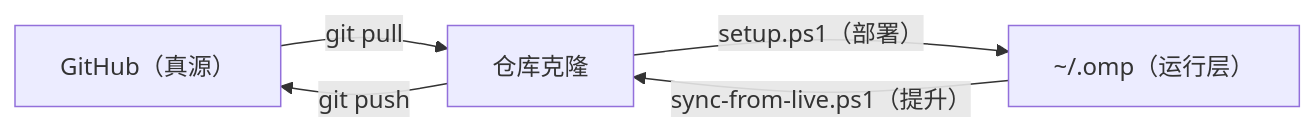
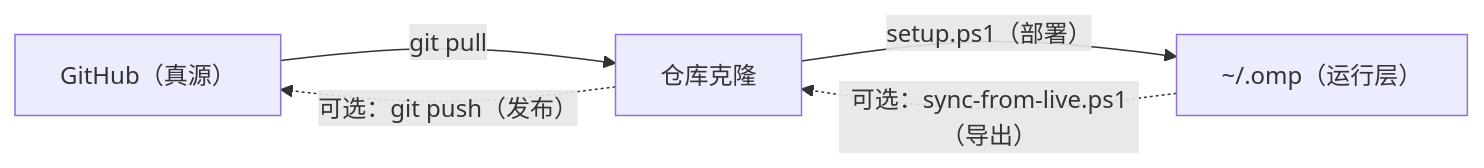
The diagram in README.md (mr-money/omp-config), drawn with Mermaid before and after one commit. The commit also changed other lines of this file and 4 other files, not shown here.

````diff
--- a/README.md
+++ b/README.md
@@ -15,7 +15,7 @@
 ```mermaid
 flowchart LR
     GH["GitHub（真源）"] -- "git pull" --> Repo["仓库克隆"]
     Repo -- "setup.ps1（部署）" --> Live["~/.omp（运行层）"]
-    Live -- "sync-from-live.ps1（提升）" --> Repo
-    Repo -- "git push" --> GH
+    Live -. "可选：sync-from-live.ps1（导出）" .-> Repo
+    Repo -. "可选：git push（发布）" .-> GH
 ```
````
